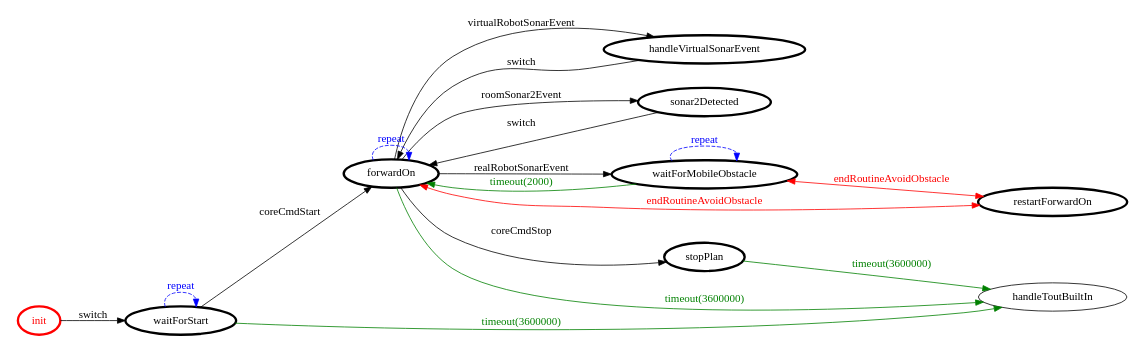
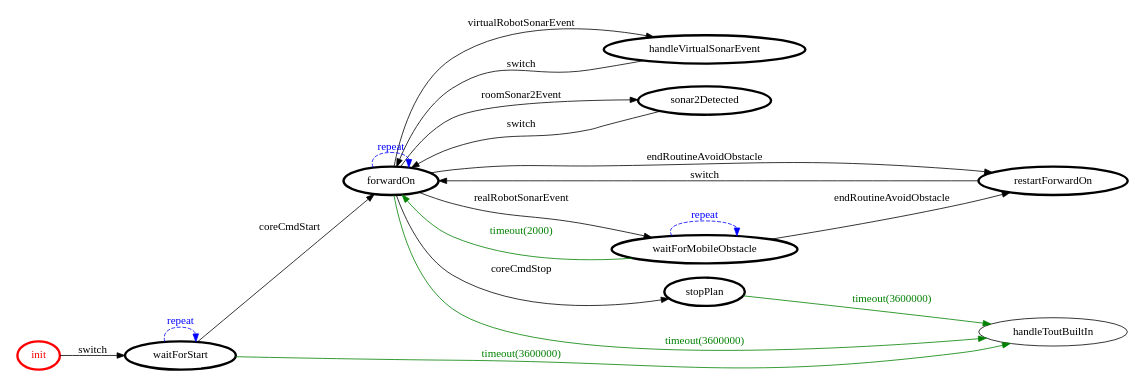
The diagram in it.unibo.projectRobot/srcMore/it/unibo/movecorelogic/movecorelogic.gv (FraGio/iss2018), drawn with Graphviz before and after one commit. The commit also changed 77 other files, not shown here.

```diff
--- a/it.unibo.projectRobot/srcMore/it/unibo/movecorelogic/movecorelogic.gv
+++ b/it.unibo.projectRobot/srcMore/it/unibo/movecorelogic/movecorelogic.gv
@@ -1,38 +1,39 @@
 /*
 *
 * A GraphViz DOT FSM description 
 * Please use a GraphViz visualizer (like http://www.webgraphviz.com)
 *  
 */
 
 digraph finite_state_machine {
 	rankdir=LR
 	size="8,5"
 	
 	init [ color = red ][ fontcolor = red ][ penwidth = 3 ]
 	handleVirtualSonarEvent [ color = black ][ fontcolor = black ][ penwidth = 3 ]
 	sonar2Detected [ color = black ][ fontcolor = black ][ penwidth = 3 ]
 	restartForwardOn [ color = black ][ fontcolor = black ][ penwidth = 3 ]
 	waitForMobileObstacle [ color = black ][ fontcolor = black ][ penwidth = 3 ]
 	waitForStart [ color = black ][ fontcolor = black ][ penwidth = 3 ]
 	forwardOn [ color = black ][ fontcolor = black ][ penwidth = 3 ]
 	stopPlan [ color = black ][ fontcolor = black ][ penwidth = 3 ]
 	
-	waitForMobileObstacle -> restartForwardOn [ label = "endRoutineAvoidObstacle" ][ color = red ][ fontcolor = red ][ dir = both ]
 	sonar2Detected -> forwardOn [ label = "switch" ][ color = black ][ fontcolor = black ]
 	waitForStart -> handleToutBuiltIn [ label = "timeout(3600000)" ][ color = green ][ fontcolor = green ]
 	handleVirtualSonarEvent -> forwardOn [ label = "switch" ][ color = black ][ fontcolor = black ]
 	waitForMobileObstacle -> forwardOn [ label = "timeout(2000)" ][ color = green ][ fontcolor = green ]
-	forwardOn -> restartForwardOn [ label = "endRoutineAvoidObstacle" ][ color = red ][ fontcolor = red ][ dir = both ]
+	waitForMobileObstacle -> restartForwardOn [ label = "endRoutineAvoidObstacle" ][ color = black ][ fontcolor = black ]
+	forwardOn -> restartForwardOn [ label = "endRoutineAvoidObstacle" ][ color = black ][ fontcolor = black ]
 	stopPlan -> handleToutBuiltIn [ label = "timeout(3600000)" ][ color = green ][ fontcolor = green ]
 	waitForStart -> forwardOn [ label = "coreCmdStart" ][ color = black ][ fontcolor = black ]
 	forwardOn -> handleToutBuiltIn [ label = "timeout(3600000)" ][ color = green ][ fontcolor = green ]
 	waitForMobileObstacle -> waitForMobileObstacle [ label = "repeat "][ style = dashed ][ color = blue ][ fontcolor = blue ]
 	forwardOn -> stopPlan [ label = "coreCmdStop" ][ color = black ][ fontcolor = black ]
 	forwardOn -> handleVirtualSonarEvent [ label = "virtualRobotSonarEvent" ][ color = black ][ fontcolor = black ]
 	forwardOn -> waitForMobileObstacle [ label = "realRobotSonarEvent" ][ color = black ][ fontcolor = black ]
+	restartForwardOn -> forwardOn [ label = "switch" ][ color = black ][ fontcolor = black ]
 	waitForStart -> waitForStart [ label = "repeat "][ style = dashed ][ color = blue ][ fontcolor = blue ]
 	forwardOn -> forwardOn [ label = "repeat "][ style = dashed ][ color = blue ][ fontcolor = blue ]
 	init -> waitForStart [ label = "switch" ][ color = black ][ fontcolor = black ]
 	forwardOn -> sonar2Detected [ label = "roomSonar2Event" ][ color = black ][ fontcolor = black ]
 }
```
